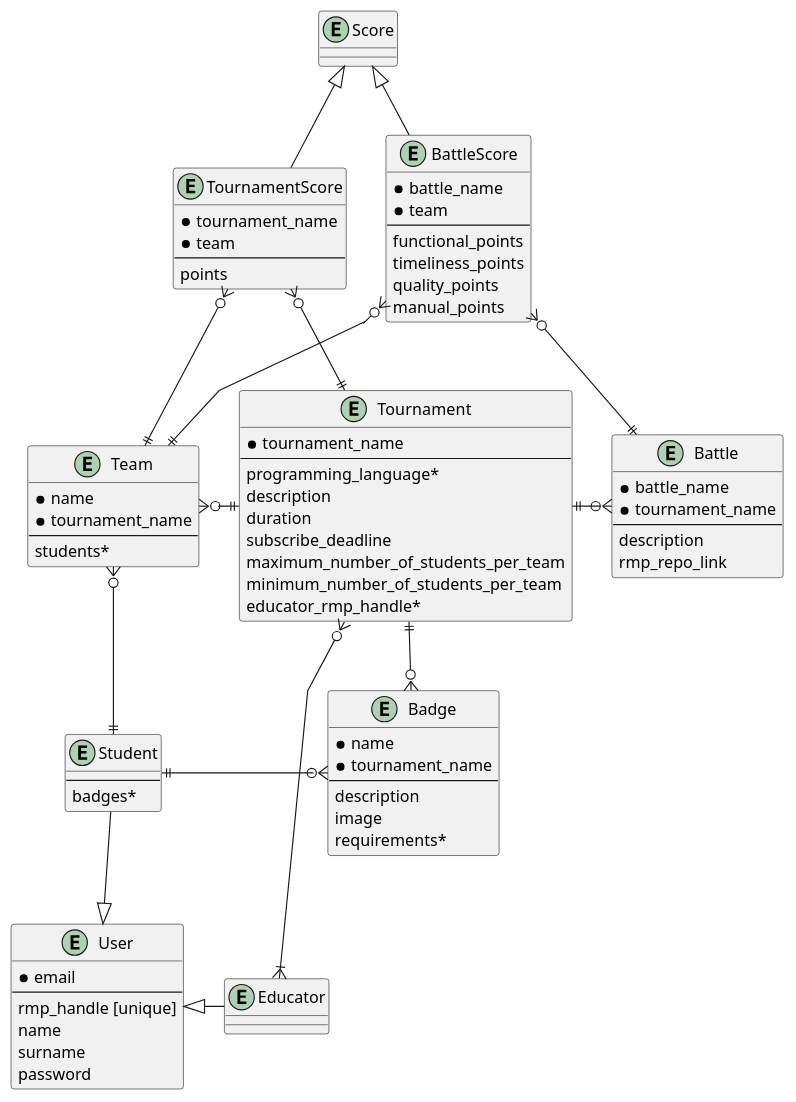
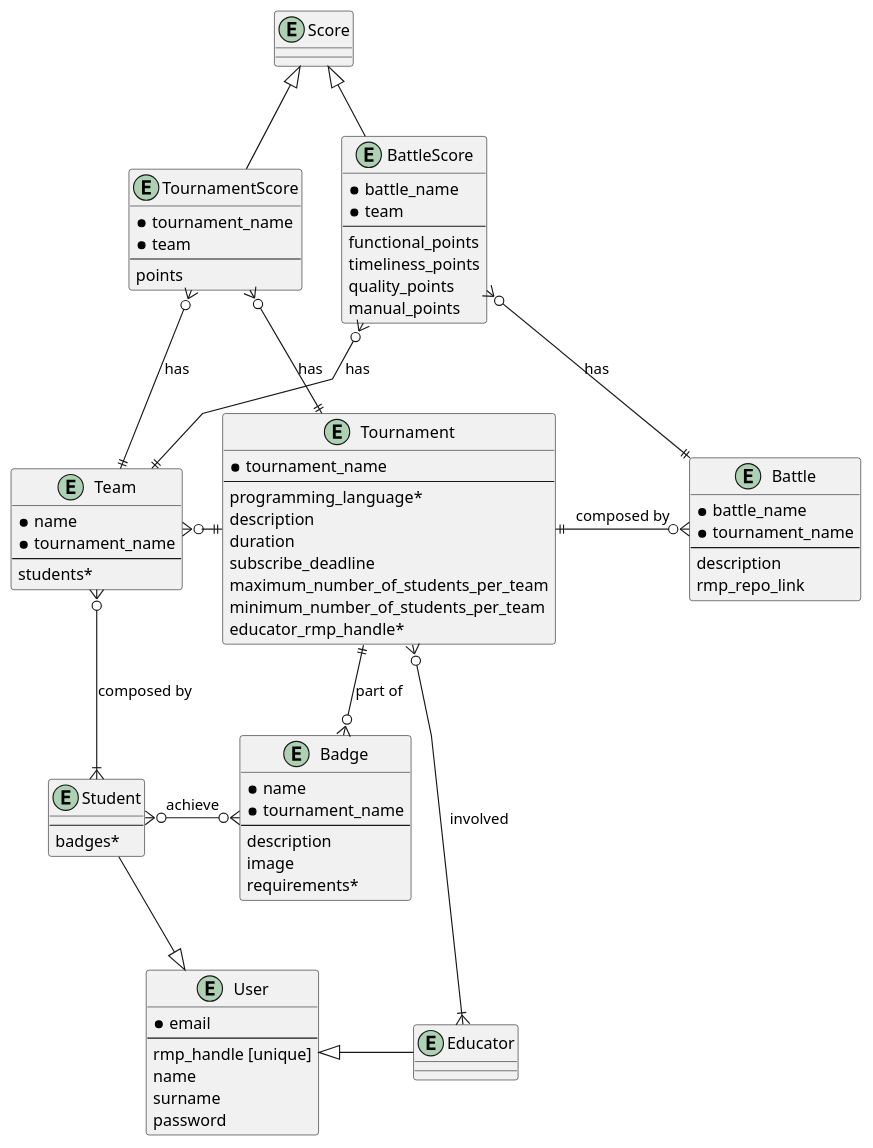
The diagram in _DD/Images/E-RDiagram/e-rDiagram.wsd (Angelo7672/SE2_Requirement-and-Design-Document), drawn with PlantUML before and after one commit. The commit also changed 1 other file, not shown here.

Commit message:
er update

```diff
--- a/_DD/Images/E-RDiagram/e-rDiagram.wsd
+++ b/_DD/Images/E-RDiagram/e-rDiagram.wsd
@@ -1,99 +1,98 @@
 @startuml
 skinparam linetype polyline
 
 entity Battle {
     * battle_name
     * tournament_name
     --
     description
     rmp_repo_link
 }
 
 entity Tournament {
     * tournament_name
     --
     programming_language*
     description
     duration
     subscribe_deadline
     maximum_number_of_students_per_team
     minimum_number_of_students_per_team
     educator_rmp_handle*
 }
 
 entity Team {
     * name
     * tournament_name
     --
     students*
 }
 
 entity Badge {
     * name
     * tournament_name
     --
     description
     image
     requirements*
 }
 
 entity User {
     * email
     --
     rmp_handle [unique]
     name
     surname
     password
 }
 
 entity Student {
     --
     badges*
 }
 
 entity Educator{
 }
 
 entity Score {
 }
 
 entity BattleScore {
     * battle_name
     * team
     --
     functional_points
     timeliness_points
     quality_points
     manual_points
 }
 
 entity TournamentScore {
     * tournament_name
     * team
     --
     points
 }
 
-'User <|-- Student
 User <|- Educator
 Student --|> User
-'Educator --|> User
 
 Score <|-- BattleScore
 Score <|-- TournamentScore
 
 
-Tournament ||-o{ Battle
-Tournament ||--o{ Badge
+Tournament ||-o{ Battle: composed by
+Tournament ||--o{ Badge: part of
 Team }o-|| Tournament
 
-Student ||-o{ Badge
-Team }o--|| Student
+Student }o-o{ Badge: achieve
+Team }o--|{ Student: composed by
 
-Tournament }o--|{ Educator
+Tournament }o--|{ Educator: involved
 
-BattleScore }o--|| Team
-TournamentScore }o--|| Team
-BattleScore }o--|| Battle
-TournamentScore }o--|| Tournament
+BattleScore }o--|| Team: has
+TournamentScore }o--|| Team: has
+BattleScore }o--|| Battle: has
+TournamentScore }o--|| Tournament: has
+
 @enduml
```
